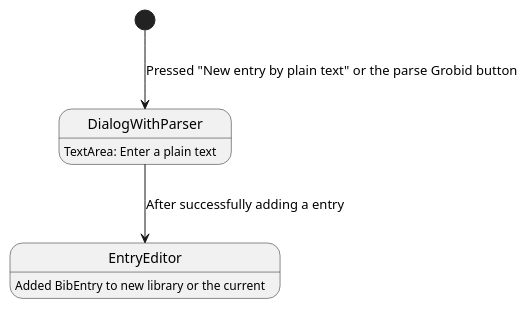
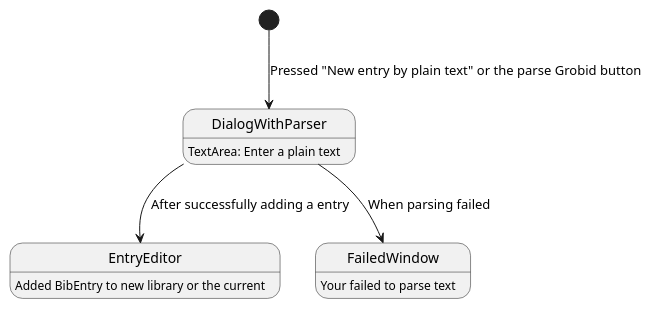
One commit to JabRef/jabref changed the diagram in docs/sweng/TechnicalDocumentation/StateDiagramGUI.puml. Above: the diagram before and after it, drawn with PlantUML. The commit also changed 8 other files, not shown here.

```diff
--- a/docs/sweng/TechnicalDocumentation/StateDiagramGUI.puml
+++ b/docs/sweng/TechnicalDocumentation/StateDiagramGUI.puml
@@ -1,14 +1,16 @@
 @startuml
 
 [*] --> DialogWithParser : Pressed "New entry by plain text" or the parse Grobid button
 DialogWithParser: TextArea: Enter a plain text
 DialogWithParser --> EntryEditor : After successfully adding a entry
+DialogWithParser --> FailedWindow : When parsing failed
+FailedWindow : Your failed to parse text
 EntryEditor: Added BibEntry to new library or the current
 
 
 
 
 
 
 
 @enduml
```
